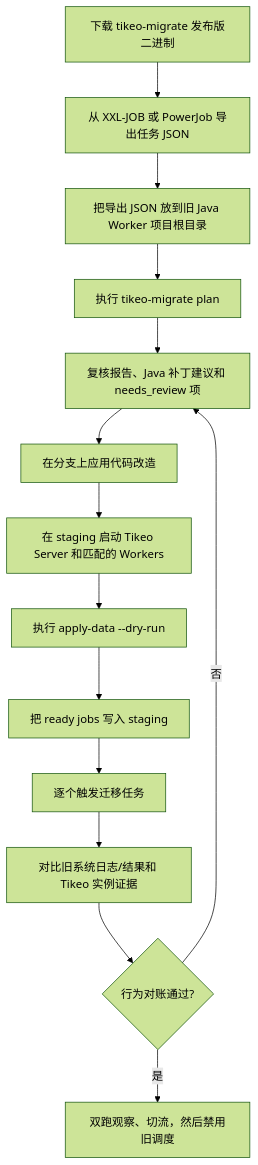
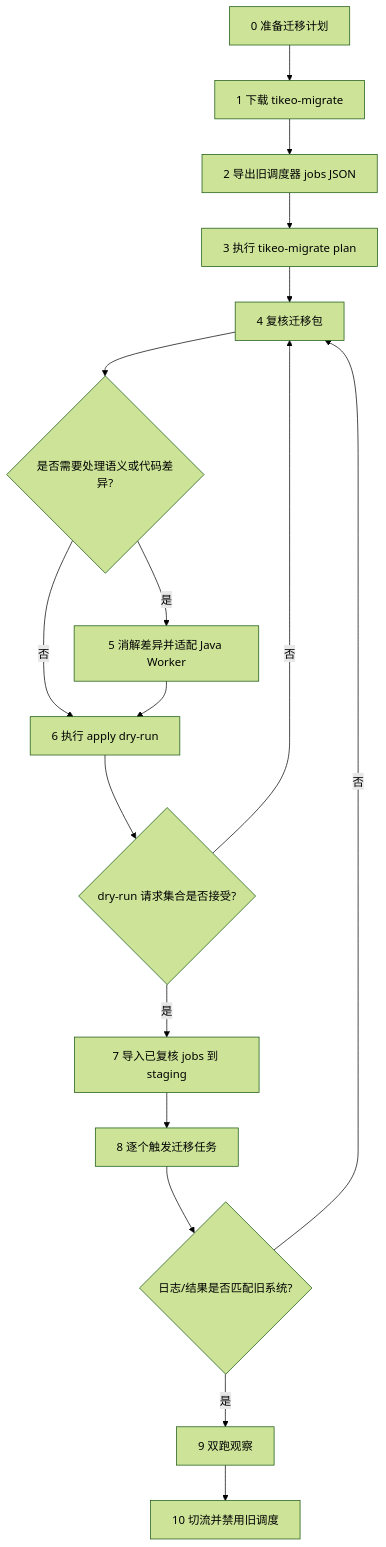
Before and after one commit to yhyzgn/tikeo: the diagram in docs/i18n/zh-CN/docusaurus-plugin-content-docs/current/integrations/migrating-from-legacy-schedulers.md, drawn with Mermaid (forest theme). The commit also changed other lines of this file and 7 other files, not shown here.

````diff
--- a/docs/i18n/zh-CN/docusaurus-plugin-content-docs/current/integrations/migrating-from-legacy-schedulers.md
+++ b/docs/i18n/zh-CN/docusaurus-plugin-content-docs/current/integrations/migrating-from-legacy-schedulers.md
@@ -29,16 +30,19 @@
 ```mermaid
 flowchart TD
-  A[下载 tikeo-migrate 发布版二进制] --> B[从 XXL-JOB 或 PowerJob 导出任务 JSON]
-  B --> C[把导出 JSON 放到旧 Java Worker 项目根目录]
-  C --> D[执行 tikeo-migrate plan]
-  D --> E[复核报告、Java 补丁建议和 needs_review 项]
-  E --> F[在分支上应用代码改造]
-  F --> G[在 staging 启动 Tikeo Server 和匹配的 Workers]
-  G --> H[执行 apply-data --dry-run]
-  H --> I[把 ready jobs 写入 staging]
-  I --> J[逐个触发迁移任务]
-  J --> K[对比旧系统日志/结果和 Tikeo 实例证据]
-  K --> L{行为对账通过?}
+  A[0 准备迁移计划] --> B[1 下载 tikeo-migrate]
+  B --> C[2 导出旧调度器 jobs JSON]
+  C --> D[3 执行 tikeo-migrate plan]
+  D --> E[4 复核迁移包]
+  E --> F{是否需要处理语义或代码差异?}
+  F -- 是 --> G[5 消解差异并适配 Java Worker]
+  F -- 否 --> H[6 执行 apply dry-run]
+  G --> H
+  H --> I{dry-run 请求集合是否接受?}
+  I -- 否 --> E
+  I -- 是 --> J[7 导入已复核 jobs 到 staging]
+  J --> K[8 逐个触发迁移任务]
+  K --> L{日志/结果是否匹配旧系统?}
   L -- 否 --> E
-  L -- 是 --> M[双跑观察、切流，然后禁用旧调度]
+  L -- 是 --> M[9 双跑观察]
+  M --> N[10 切流并禁用旧调度]
 ```
````
